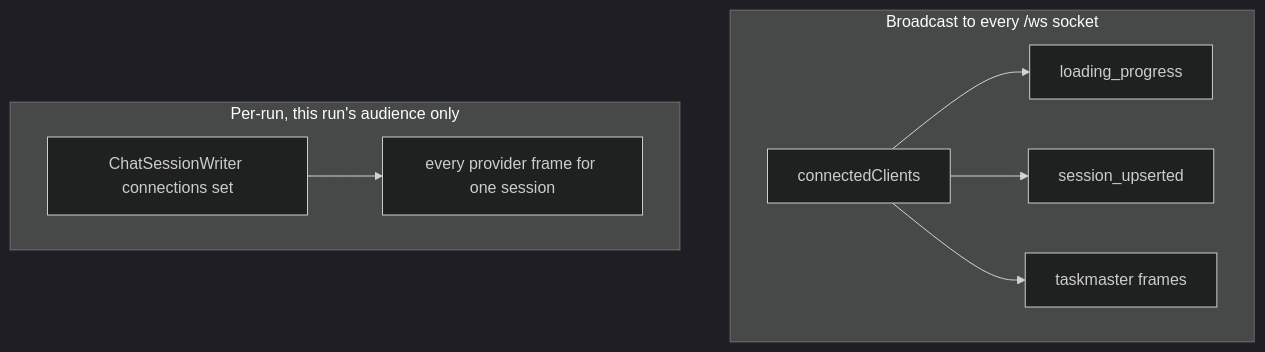
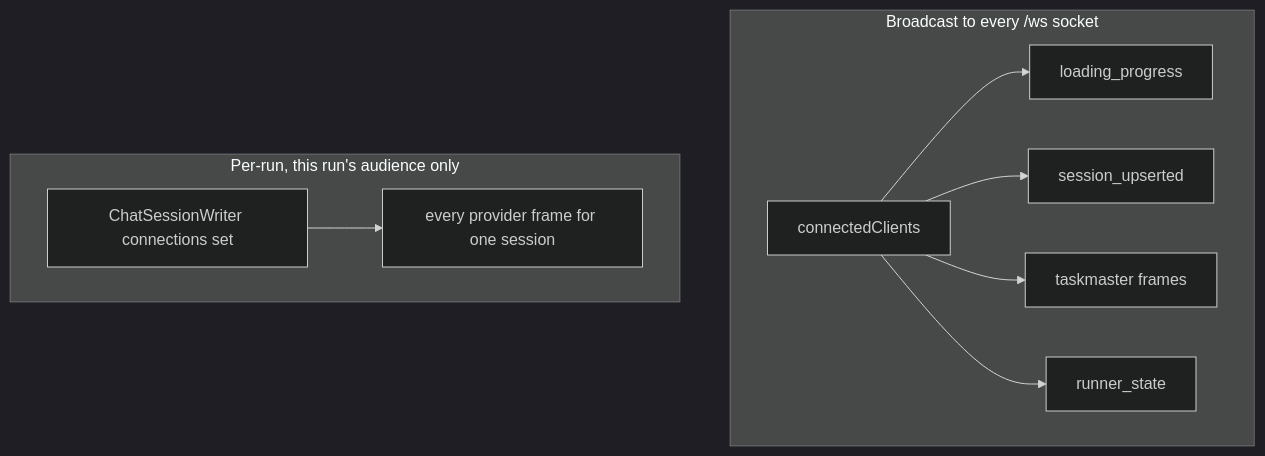
One commit to ScottDeJesus/claudecodeui_lyphe changed the fifth of 5 diagrams in docs/architecture/01-websocket-transport.md. Above: the diagram before and after it, drawn with Mermaid (dark theme). The commit also changed other lines of this file and 58 other files, not shown here.

````diff
--- a/docs/architecture/01-websocket-transport.md
+++ b/docs/architecture/01-websocket-transport.md
@@ -520,13 +527,14 @@
 ```mermaid
 flowchart TD
   subgraph Broadcast["Broadcast to every /ws socket"]
     SET["connectedClients"]
     SET --> E1["loading_progress"]
     SET --> E2["session_upserted"]
     SET --> E3["taskmaster frames"]
+    SET --> E4["runner_state"]
   end
   subgraph PerRun["Per-run, this run's audience only"]
     W["ChatSessionWriter connections set"]
-    W --> E4["every provider frame for one session"]
+    W --> E5["every provider frame for one session"]
   end
 ```
````
